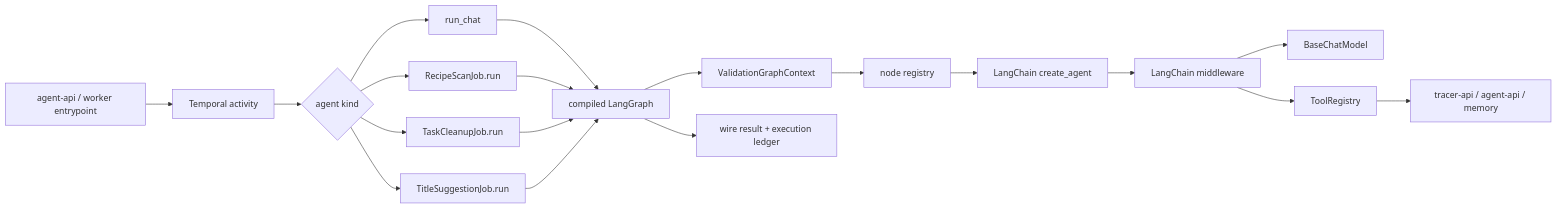
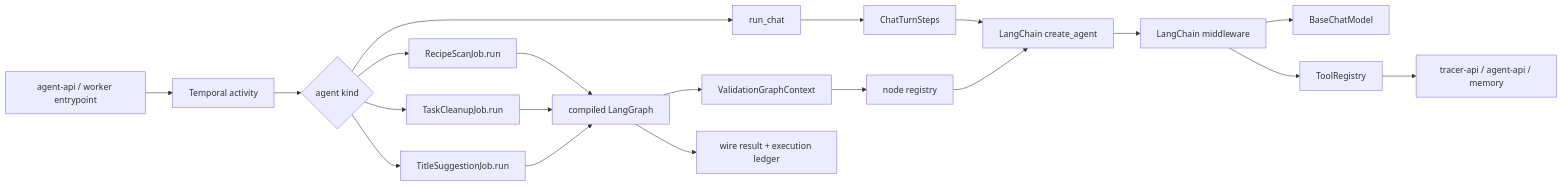
One commit to agent-tracer/tracer-agent-python changed the first of 7 diagrams in src/tracer_agent/worker/agents/README.md. Above: the diagram before and after it, drawn with Mermaid. The commit also changed other lines of this file and 3 other files, not shown here.

````diff
--- a/src/tracer_agent/worker/agents/README.md
+++ b/src/tracer_agent/worker/agents/README.md
@@ -11,21 +11,22 @@
 ```mermaid
 flowchart LR
     API[agent-api / worker entrypoint] --> T[Temporal activity]
     T --> DISPATCH{agent kind}
     DISPATCH --> CHAT[run_chat]
     DISPATCH --> RECIPE[RecipeScanJob.run]
     DISPATCH --> CLEANUP[TaskCleanupJob.run]
     DISPATCH --> TITLE[TitleSuggestionJob.run]
-    CHAT --> GRAPH[compiled LangGraph]
-    RECIPE --> GRAPH
+    CHAT --> STEPS[ChatTurnSteps]
+    RECIPE --> GRAPH[compiled LangGraph]
     CLEANUP --> GRAPH
     TITLE --> GRAPH
     GRAPH --> CTX[ValidationGraphContext]
     CTX --> NODE[node registry]
-    NODE --> AGENT[LangChain create_agent]
+    STEPS --> AGENT[LangChain create_agent]
+    NODE --> AGENT
     AGENT --> MW[LangChain middleware]
     MW --> MODEL[BaseChatModel]
     MW --> TOOLS[ToolRegistry]
     TOOLS --> EXT[tracer-api / agent-api / memory]
     GRAPH --> OUT[wire result + execution ledger]
 ```
````
